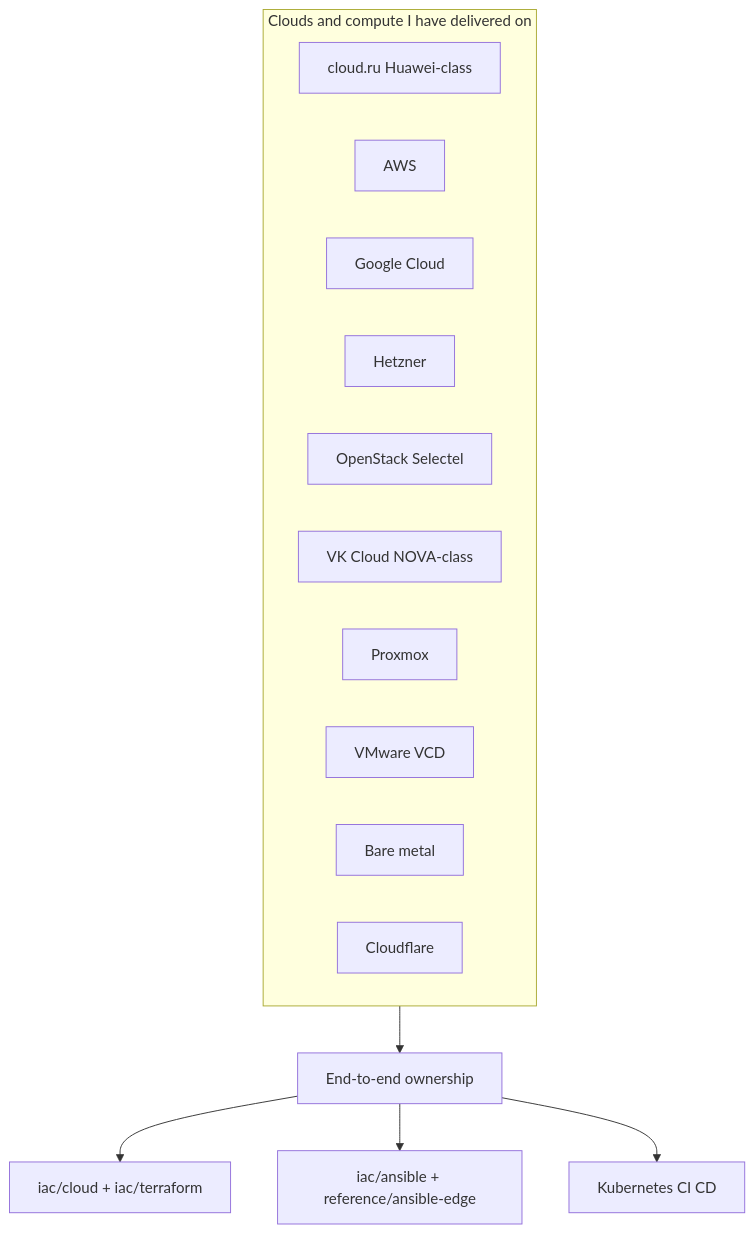
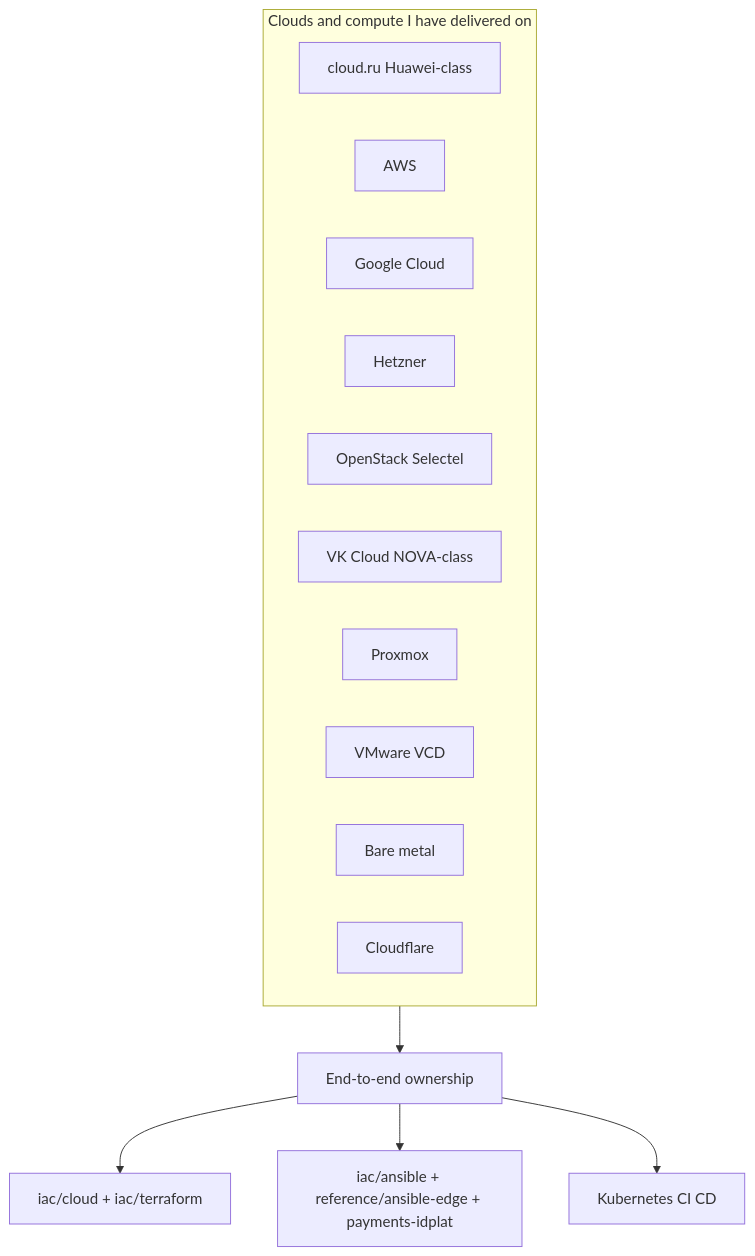
The first of 4 diagrams in README.md (NarberallGamma/narberall-platform-engineer-lab), drawn with Mermaid before and after one commit. The commit also changed other lines of this file and 138 other files, not shown here.

First line of the commit message:
Add payments identity Ansible and expand multi-cloud Terraform samples.

````diff
--- a/README.md
+++ b/README.md
@@ -68,19 +69,19 @@
 ```mermaid
 flowchart TB
   subgraph clouds [Clouds and compute I have delivered on]
     CR[cloud.ru Huawei-class]
     AWS[AWS]
     GCP[Google Cloud]
     HZ[Hetzner]
     OS[OpenStack Selectel]
     VK[VK Cloud NOVA-class]
     PX[Proxmox]
     VM[VMware VCD]
     BM[Bare metal]
     CF[Cloudflare]
   end
   clouds --> Own[End-to-end ownership]
   Own --> IaC[iac/cloud + iac/terraform]
-  Own --> ANS[iac/ansible + reference/ansible-edge]
+  Own --> ANS[iac/ansible + reference/ansible-edge + payments-idplat]
   Own --> K8s[Kubernetes CI CD]
 ```
````
